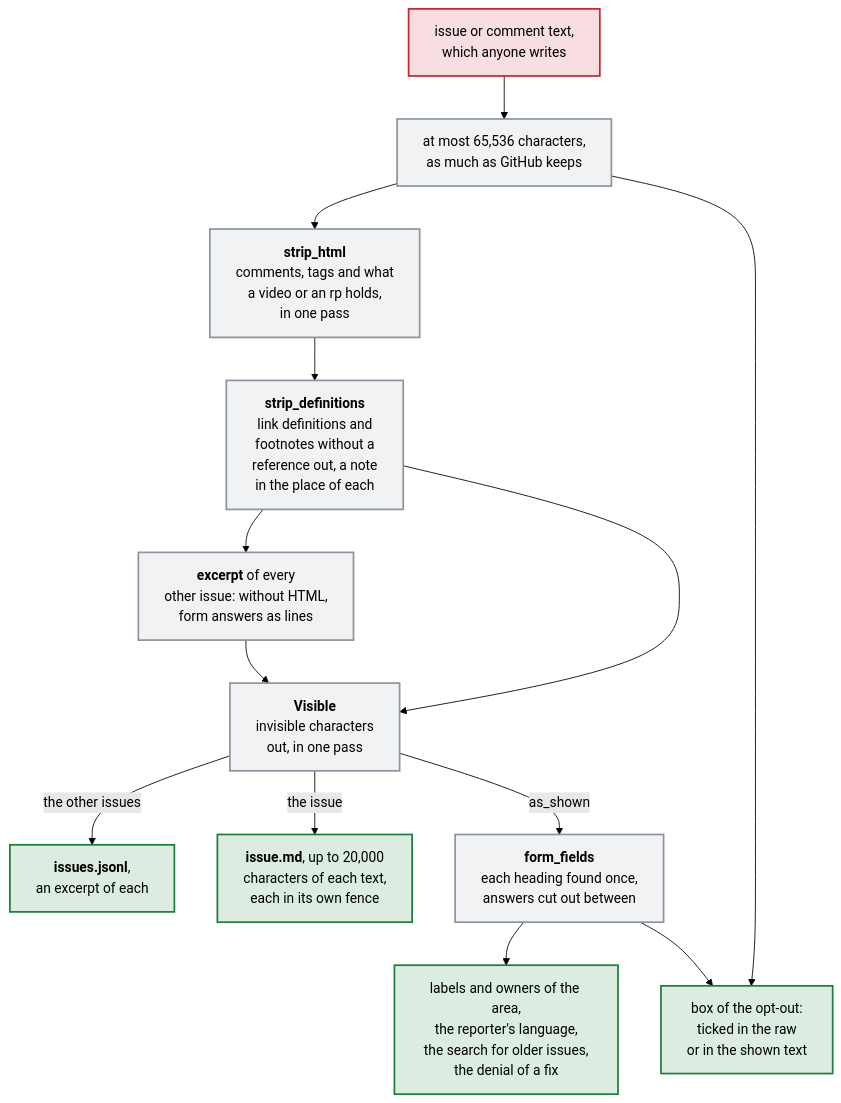
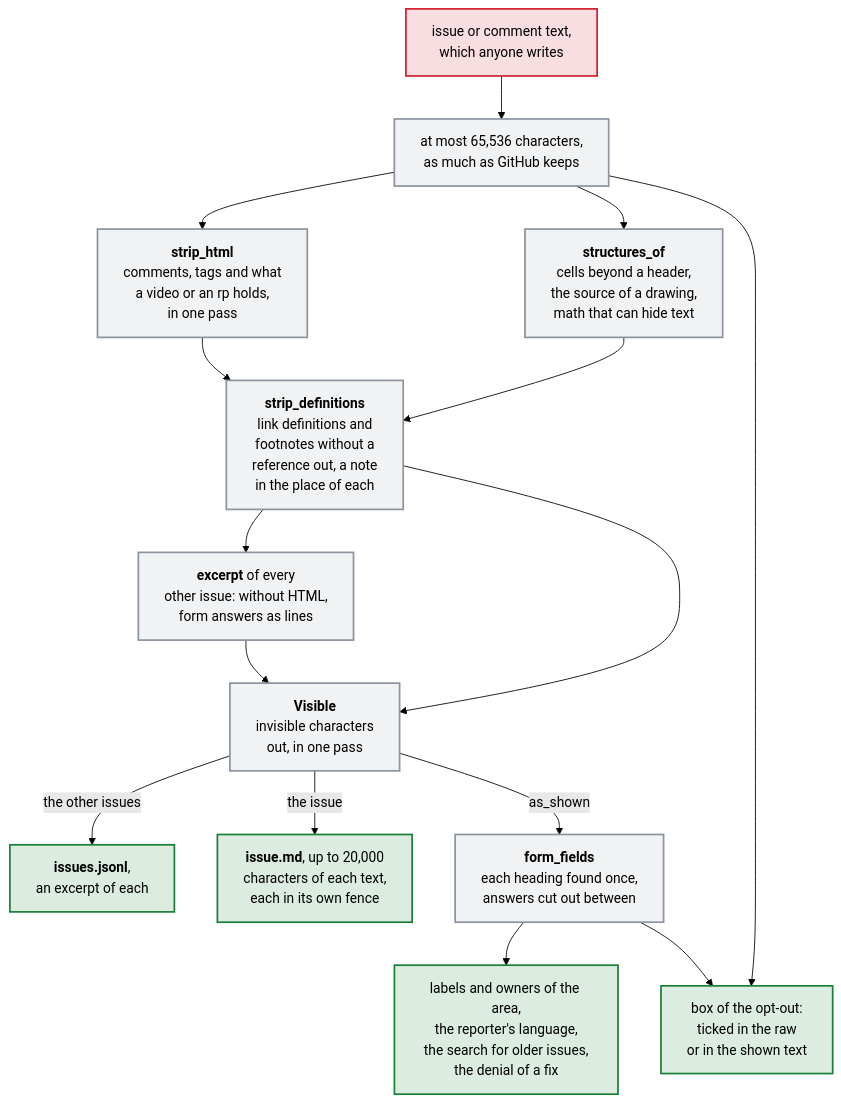
The diagram in docs/diagrams/how-the-assistant-reads-the-text-of-an-issue.mmd (Dennis-Otto/issue-assistant), drawn with Mermaid (forest theme) before and after one commit. The commit also changed 31 other files, not shown here.

First line of the commit message:
fix(context): read tables, drawings and math as GitHub shows them (#499)

```diff
--- a/docs/diagrams/how-the-assistant-reads-the-text-of-an-issue.mmd
+++ b/docs/diagrams/how-the-assistant-reads-the-text-of-an-issue.mmd
@@ -1,21 +1,23 @@
 flowchart TB
   accTitle: How the assistant reads the text of an issue
-  accDescr: The text of an issue or a comment, which anyone can write, is read up to GitHub's 65,536 characters. The HTML goes first, comments and tags in one pass, with what a video or the brackets of ruby hold, which no browser shows, and with the footnotes where GitHub hides the rest of the text, then the link reference definitions and the footnotes without a reference, which GitHub shows as nothing as well, each with a note in its place, for issue.md and for an excerpt of each other issue, whose form answers then become lines. Then the characters that GitHub shows as nothing go, in one pass, after the HTML, so that none can end an HTML comment that GitHub never ends. The excerpts go into issues.jsonl, and issue.md holds up to 20,000 characters of each text in a code fence that the text can't close. What the assistant decides from the reporter's words, the labels and owners of the area, the reporter's language, the search for older issues and the denial of a fix, it decides from this same shown text, whose form answers are cut out between their headings, which are found once. Only the box of the opt-out reads the raw text as well: it counts as ticked when it is ticked in the raw or in the shown text.
+  accDescr: The text of an issue or a comment, which anyone can write, is read up to GitHub's 65,536 characters. The HTML goes first, comments and tags in one pass, with what a video or the brackets of ruby hold, which no browser shows, and with the footnotes where GitHub hides the rest of the text; beside it, from the same text, the cells beyond the header of a table, the source of a diagram, a map or a 3D model and math that can hide text, each with a note in its place; what either takes out goes. Then the link reference definitions and the footnotes without a reference, which GitHub shows as nothing as well, each with a note in its place, for issue.md and for an excerpt of each other issue, whose form answers then become lines. Then the characters that GitHub shows as nothing go, in one pass, after the HTML, so that none can end an HTML comment that GitHub never ends. The excerpts go into issues.jsonl, and issue.md holds up to 20,000 characters of each text in a code fence that the text can't close. What the assistant decides from the reporter's words, the labels and owners of the area, the reporter's language, the search for older issues and the denial of a fix, it decides from this same shown text, whose form answers are cut out between their headings, which are found once. Only the box of the opt-out reads the raw text as well: it counts as ticked when it is ticked in the raw or in the shown text.
   text["issue or comment text,<br>which anyone writes"] --> cap["at most 65,536 characters,<br>as much as GitHub keeps"]
   cap --> html["`**strip_html**<br>comments, tags and what<br>a video or an rp holds,<br>in one pass`"]
+  cap --> structures["`**structures_of**<br>cells beyond a header,<br>the source of a drawing,<br>math that can hide text`"]
+  structures --> definitions
   html --> definitions["`**strip_definitions**<br>link definitions and<br>footnotes without a<br>reference out, a note<br>in the place of each`"]
   definitions --> excerpt["`**excerpt** of every<br>other issue: without HTML,<br>form answers as lines`"]
   definitions --> visible["`**Visible**<br>invisible characters<br>out, in one pass`"]
   excerpt --> visible
   visible -- "the other issues" --> jsonl["`**issues.jsonl**,<br>an excerpt of each`"]
   visible -- "the issue" --> issue["`**issue.md**, up to 20,000<br>characters of each text,<br>each in its own fence`"]
   visible -- "as_shown" --> forms["`**form_fields**<br>each heading found once,<br>answers cut out between`"]
   forms --> event["labels and owners of the area,<br>the reporter's language,<br>the search for older issues,<br>the denial of a fix"]
   cap --> box["box of the opt-out:<br>ticked in the raw<br>or in the shown text"]
   forms --> box
   classDef untrusted fill:#cf222e26,stroke:#cf222e,stroke-width:2px
   classDef job fill:#8c959f1f,stroke:#8c959f,stroke-width:2px
   classDef safe fill:#1a7f3726,stroke:#1a7f37,stroke-width:2px
   class text untrusted
-  class cap,forms,excerpt,html,definitions,visible job
+  class cap,forms,excerpt,html,structures,definitions,visible job
   class event,box,jsonl,issue safe
```
